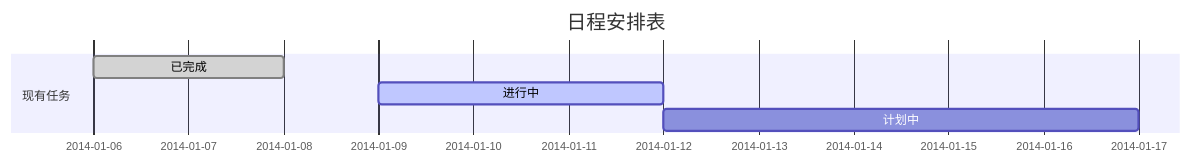
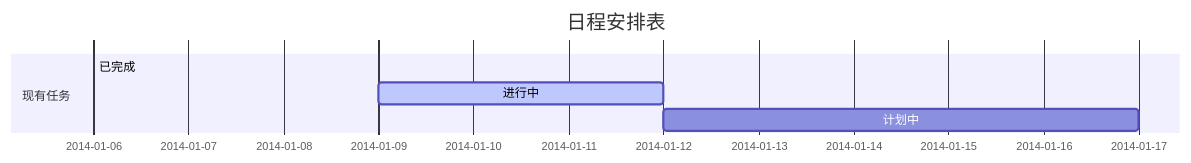
Before and after one commit to gZeyu/note: the diagram in 订餐系统/日程安排表.md, drawn with Mermaid. The commit also changed other lines of this file, not shown here.

Commit message:
订餐系统/日程安排表.md updated from https://stackedit.io/

````diff
--- a/订餐系统/日程安排表.md
+++ b/订餐系统/日程安排表.md
@@ -2,9 +2,9 @@
 ```mermaid
 gantt
-        dateFormat  YYYY-MM-DD
+        dateFormat  MM-DD
         title 日程安排表
         section 现有任务
         已完成               :done,    des1, 2014-01-06,2014-01-08
         进行中               :active,  des2, 2014-01-09, 3d
         计划中               :            des3, after des2, 5d
 ```
````
